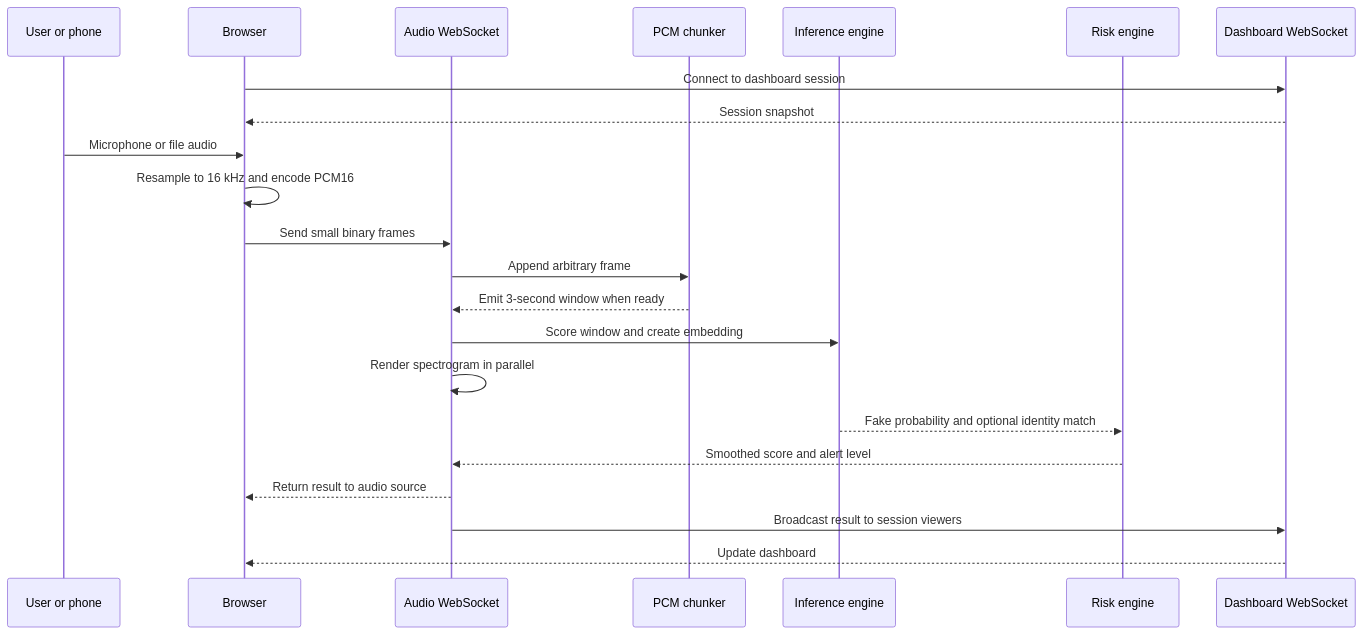
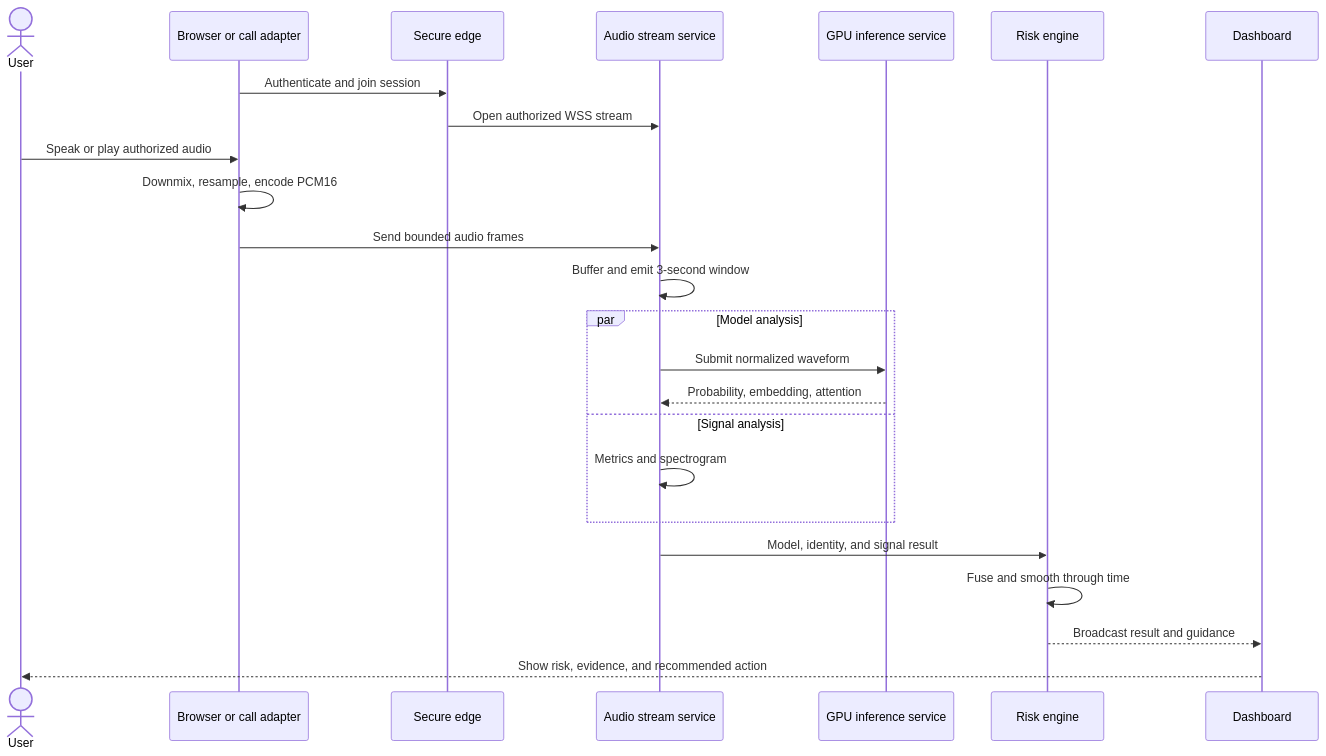
The third of 9 diagrams in README.md (njhari-07/SvaraSentry), drawn with Mermaid before and after one commit. The commit also changed other lines of this file, not shown here.

````diff
--- a/README.md
+++ b/README.md
@@ -149,25 +200,27 @@
 ```mermaid
 sequenceDiagram
-    participant U as User or phone
-    participant B as Browser
-    participant A as Audio WebSocket
-    participant C as PCM chunker
-    participant M as Inference engine
-    participant R as Risk engine
-    participant D as Dashboard WebSocket
+    actor User
+    participant Client as Browser or call adapter
+    participant Edge as Secure edge
+    participant Stream as Audio stream service
+    participant Model as GPU inference service
+    participant Risk as Risk engine
+    participant Dashboard
 
-    B->>D: Connect to dashboard session
-    D-->>B: Session snapshot
-    U->>B: Microphone or file audio
-    B->>B: Resample to 16 kHz and encode PCM16
-    B->>A: Send small binary frames
-    A->>C: Append arbitrary frame
-    C-->>A: Emit 3-second window when ready
-    A->>M: Score window and create embedding
-    A->>A: Render spectrogram in parallel
-    M-->>R: Fake probability and optional identity match
-    R-->>A: Smoothed score and alert level
-    A-->>B: Return result to audio source
-    A->>D: Broadcast result to session viewers
-    D-->>B: Update dashboard
+    Client->>Edge: Authenticate and join session
+    Edge->>Stream: Open authorized WSS stream
+    User->>Client: Speak or play authorized audio
+    Client->>Client: Downmix, resample, encode PCM16
+    Client->>Stream: Send bounded audio frames
+    Stream->>Stream: Buffer and emit 3-second window
+    par Model analysis
+        Stream->>Model: Submit normalized waveform
+        Model-->>Stream: Probability, embedding, attention
+    and Signal analysis
+        Stream->>Stream: Metrics and spectrogram
+    end
+    Stream->>Risk: Model, identity, and signal result
+    Risk->>Risk: Fuse and smooth through time
+    Risk-->>Dashboard: Broadcast result and guidance
+    Dashboard-->>User: Show risk, evidence, and recommended action
 ```
````
